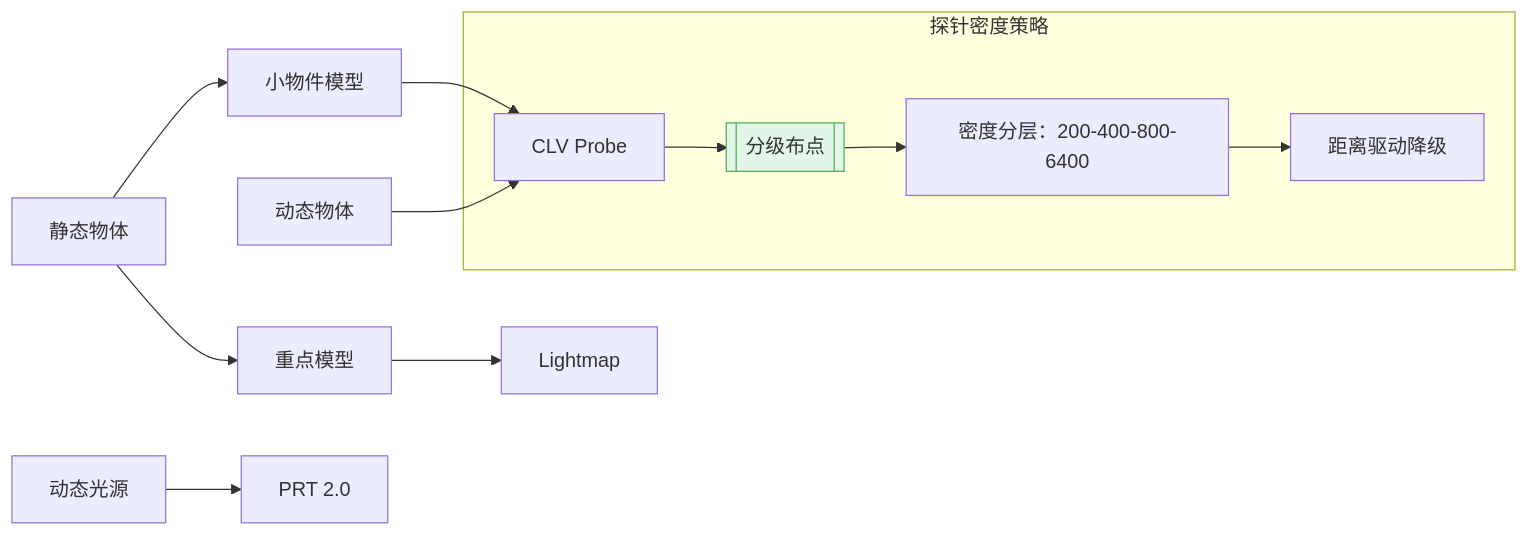
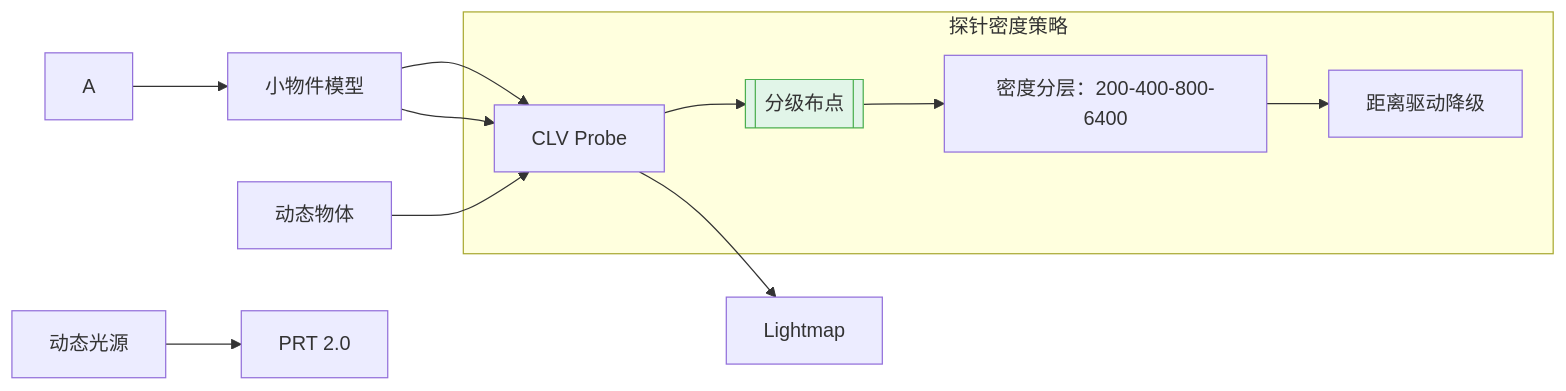
The diagram in all/未命名-5.md (archieluan/iodraw-files), drawn with Mermaid before and after one commit.

Commit message:
2025-07-08 11:03:03 update

````diff
--- a/all/未命名-5.md
+++ b/all/未命名-5.md
@@ -1,20 +1,20 @@
 ```mermaid
 graph LR
   %% 保留原基础框架
-  A[静态物体] --> A1[重点模型] --> A2[Lightmap]
+  B[静态物体] --> B1[重点模型] --> A2[Lightmap]
   A --> B[小物件模型] --> B1[CLV Probe]
   
   %% 新增分级标注
   subgraph 探针密度策略
     B1 --> C[[分级布点]]
     C --> C1["密度分层：200-400-800-6400"]
     C1 --> C2["距离驱动降级"]
     style C fill:#e1f5e8,stroke:#4caf50
   end
   
   %% 动态部分严格区分
   D[动态物体] --> B1[CLV Probe] 
 
   
   E[动态光源] --> E1[PRT 2.0]
 ```
````
